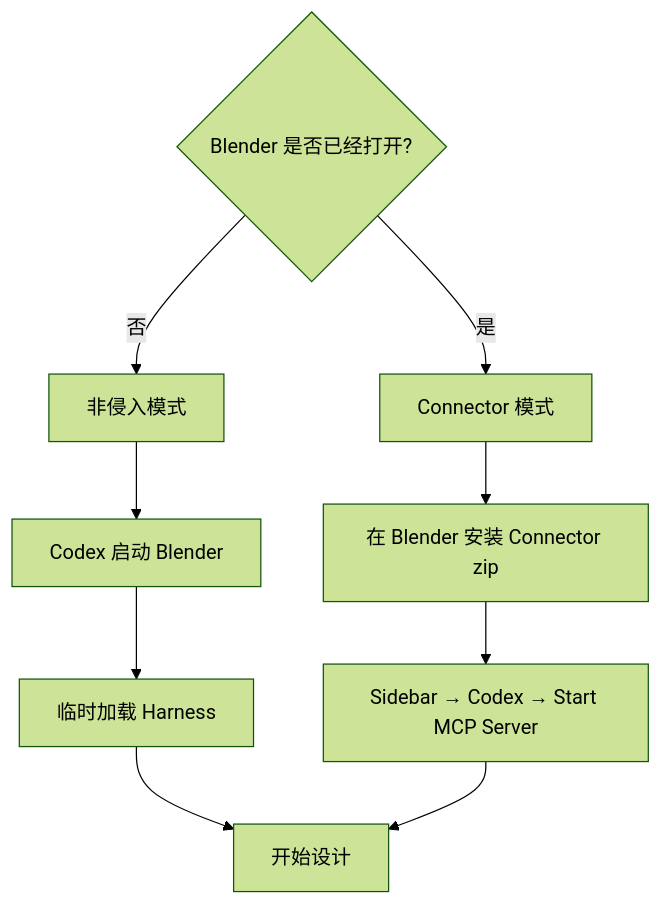
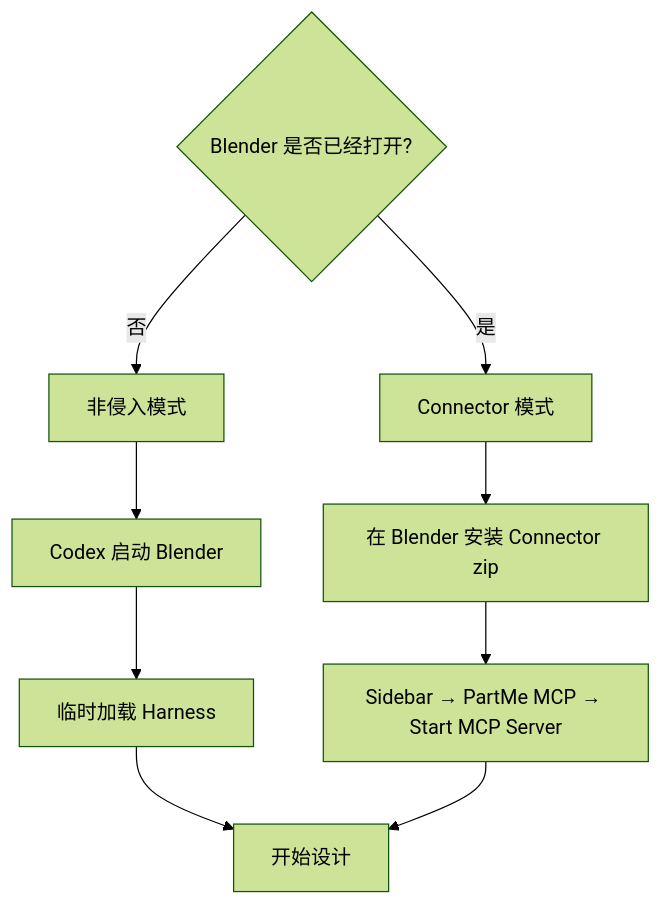
Before and after one commit to full-aigc-plugins/blender-design-plugin: the diagram in docs/getting-started.zh-CN.md, drawn with Mermaid (forest theme). The commit also changed other lines of this file and 21 other files, not shown here.

Commit message:
feat: embed pinned PartMe Blender MCP runtime

````diff
--- a/docs/getting-started.zh-CN.md
+++ b/docs/getting-started.zh-CN.md
@@ -30,12 +30,12 @@
 ```mermaid
 flowchart TD
     A{Blender 是否已经打开?}
     A -->|否| B[非侵入模式]
     B --> C[Codex 启动 Blender]
     C --> D[临时加载 Harness]
     A -->|是| E[Connector 模式]
     E --> F[在 Blender 安装 Connector zip]
-    F --> G[Sidebar → Codex → Start MCP Server]
+    F --> G[Sidebar → PartMe MCP → Start MCP Server]
     D --> H[开始设计]
     G --> H
 ```
````
